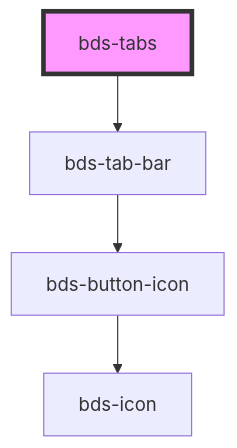
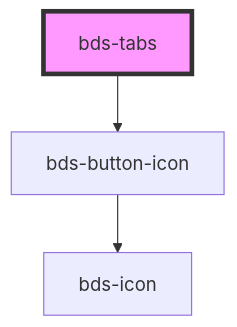
One commit to takenet/blip-ds changed the diagram in src/components/tabs/readme.md. Above: the diagram before and after it, drawn with Mermaid. The commit also changed other lines of this file and 16 other files, not shown here.

````diff
--- a/src/components/tabs/readme.md
+++ b/src/components/tabs/readme.md
@@ -22,7 +29,6 @@
 ```mermaid
 graph TD;
-  bds-tabs --> bds-tab-bar
-  bds-tab-bar --> bds-button-icon
+  bds-tabs --> bds-button-icon
   bds-button-icon --> bds-icon
   style bds-tabs fill:#f9f,stroke:#333,stroke-width:4px
 ```
````
